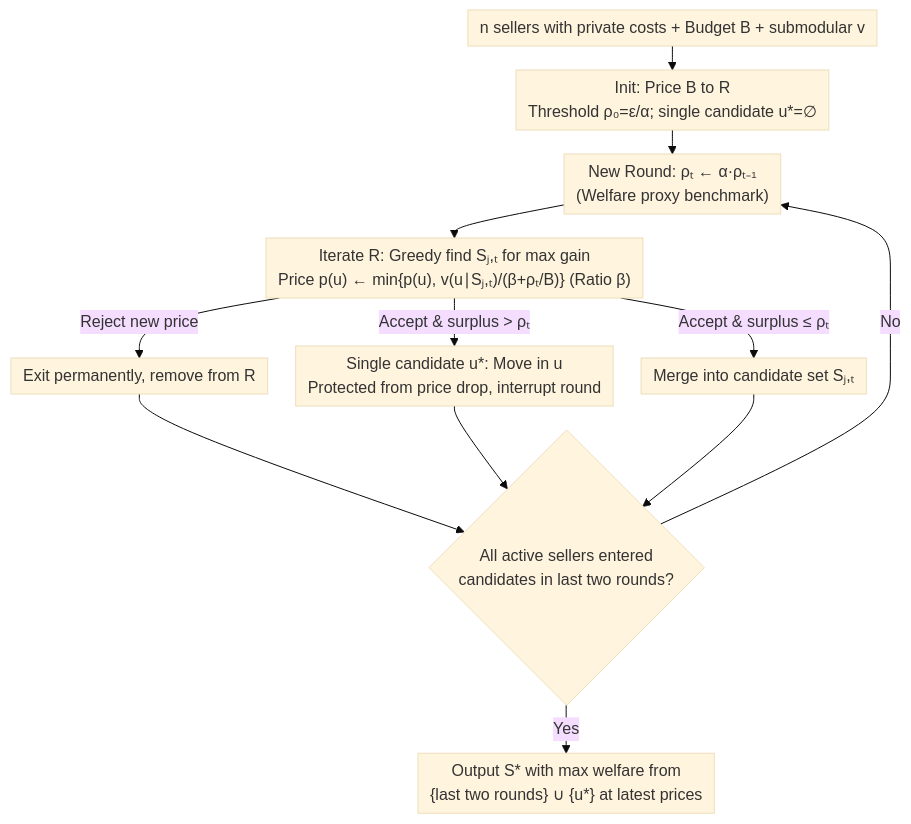
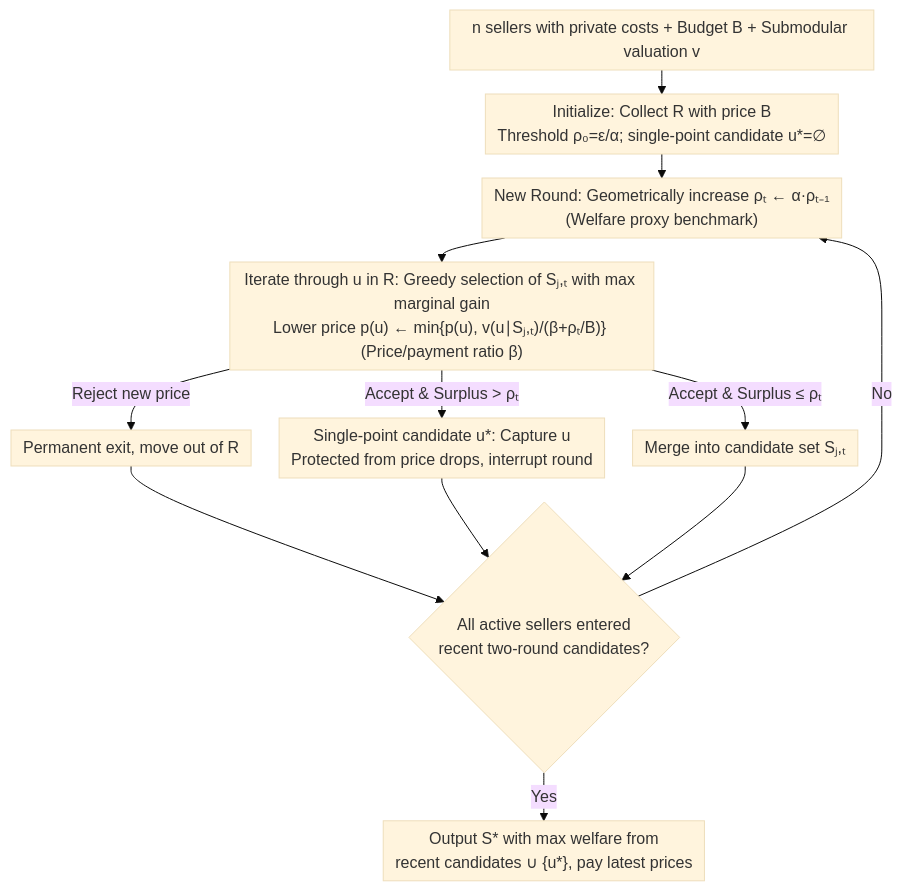
The diagram in docs/ICML2026/optimization/budget-feasible_mechanisms_for_submodular_welfare_maximization_in_procurement_au.md (zhaoyang97/Paper-Notes-en), drawn with Mermaid (base theme) before and after one commit. The commit also changed other lines of this file and 5084 other files, not shown here.

````diff
--- a/docs/ICML2026/optimization/budget-feasible_mechanisms_for_submodular_welfare_maximization_in_procurement_au.md
+++ b/docs/ICML2026/optimization/budget-feasible_mechanisms_for_submodular_welfare_maximization_in_procurement_au.md
@@ -42,15 +42,15 @@
 ```mermaid
 %%{init: {'flowchart': {'rankSpacing': 24, 'nodeSpacing': 28, 'padding': 6, 'wrappingWidth': 400}}}%%
 flowchart TD
-    A["n sellers with private costs + Budget B + submodular v"] --> B["Init: Price B to R<br/>Threshold ρ₀=ε/α; single candidate u*=∅"]
-    B --> C["New Round: ρₜ ← α·ρₜ₋₁<br/>(Welfare proxy benchmark)"]
-    C --> D["Iterate R: Greedy find Sⱼ,ₜ for max gain<br/>Price p(u) ← min{p(u), v(u∣Sⱼ,ₜ)/(β+ρₜ/B)} (Ratio β)"]
-    D -->|Reject new price| E["Exit permanently, remove from R"]
-    D -->|"Accept & surplus > ρₜ"| F["Single candidate u*: Move in u<br/>Protected from price drop, interrupt round"]
-    D -->|Accept & surplus ≤ ρₜ| G["Merge into candidate set Sⱼ,ₜ"]
-    E --> H{"All active sellers entered<br/>candidates in last two rounds?"}
+    A["n sellers with private costs + Budget B + Submodular valuation v"] --> B["Initialize: Collect R with price B<br/>Threshold ρ₀=ε/α; single-point candidate u*=∅"]
+    B --> C["New Round: Geometrically increase ρₜ ← α·ρₜ₋₁<br/>(Welfare proxy benchmark)"]
+    C --> D["Iterate through u in R: Greedy selection of Sⱼ,ₜ with max marginal gain<br/>Lower price p(u) ← min{p(u), v(u∣Sⱼ,ₜ)/(β+ρₜ/B)} (Price/payment ratio β)"]
+    D -->|Reject new price| E["Permanent exit, move out of R"]
+    D -->|"Accept & Surplus > ρₜ"| F["Single-point candidate u*: Capture u<br/>Protected from price drops, interrupt round"]
+    D -->|Accept & Surplus ≤ ρₜ| G["Merge into candidate set Sⱼ,ₜ"]
+    E --> H{"All active sellers entered<br/>recent two-round candidates?"}
     F --> H
     G --> H
     H -->|No| C
-    H -->|Yes| I["Output S* with max welfare from<br/>{last two rounds} ∪ {u*} at latest prices"]
+    H -->|Yes| I["Output S* with max welfare from<br/>recent candidates ∪ {u*}, pay latest prices"]
 ```
````
